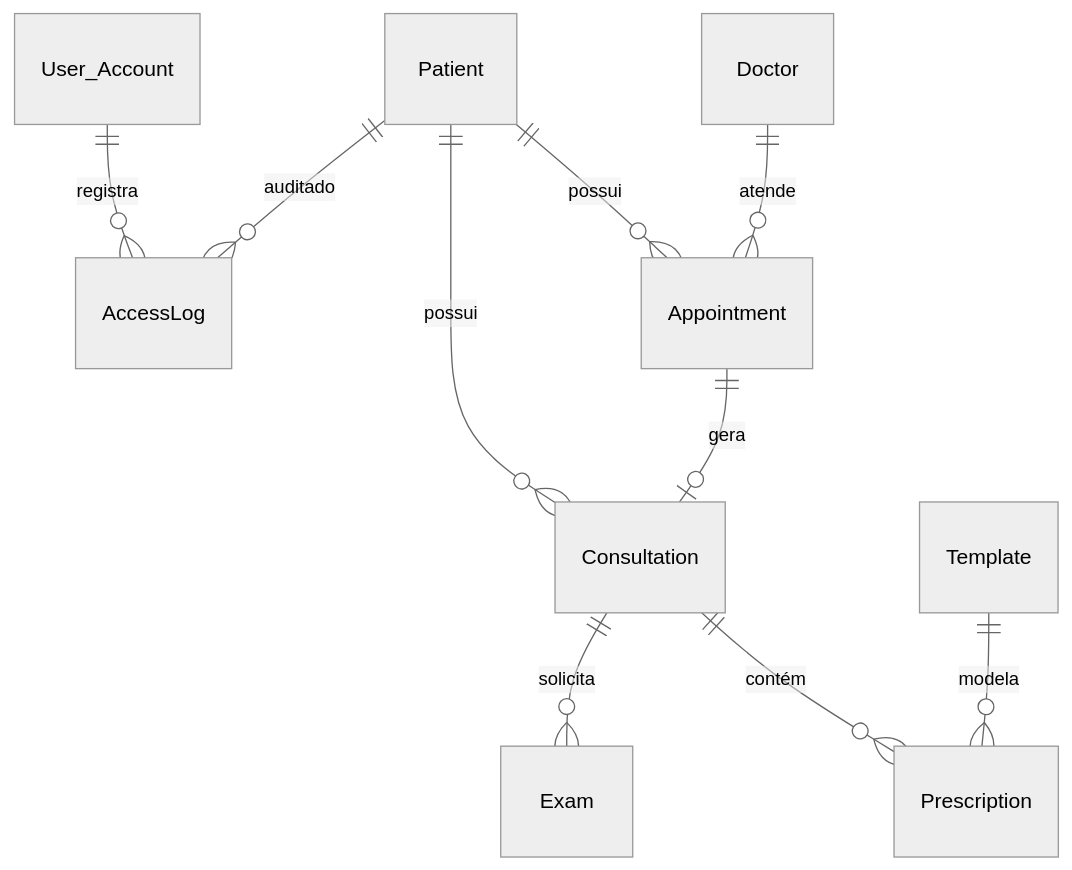
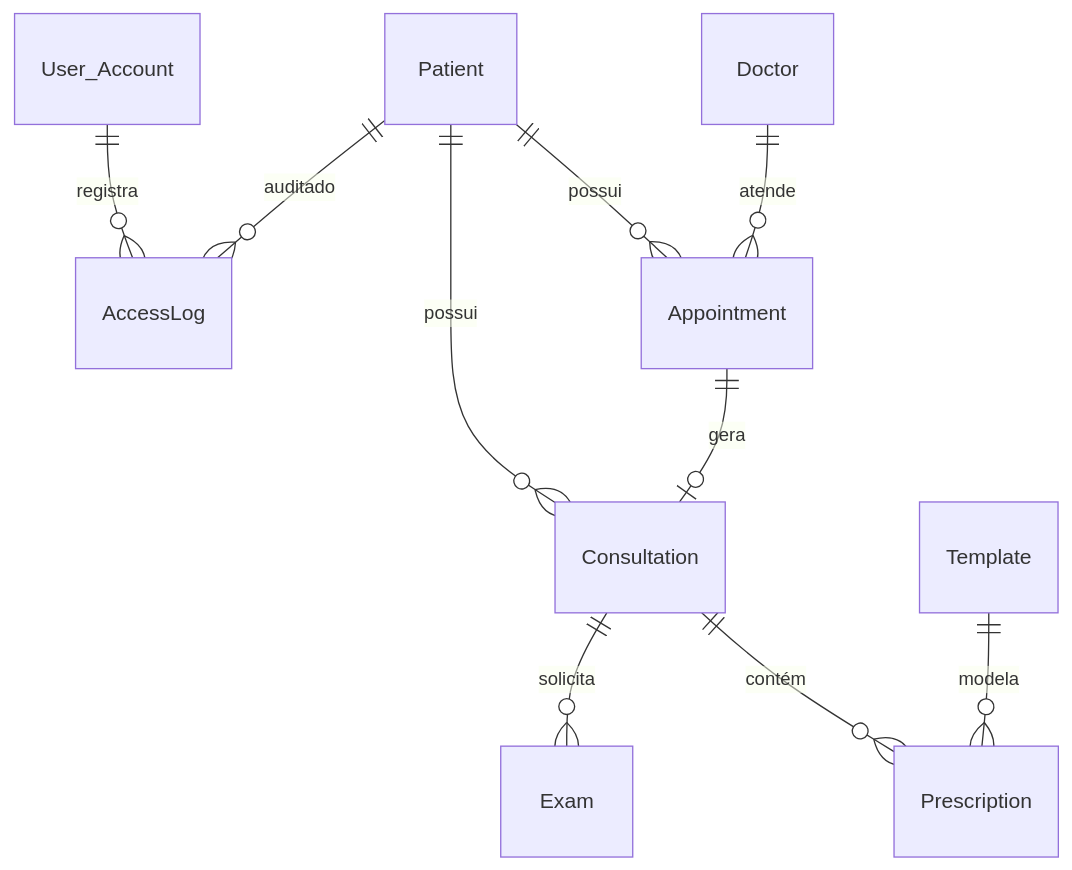
The third of 4 diagrams in README.md (Adriano1976/prontuario-facil), drawn with Mermaid before and after one commit.

Commit message:
Change mermaid theme from 'neutral' to 'black'

````diff
--- a/README.md
+++ b/README.md
@@ -180,13 +180,13 @@
 ```mermaid
-%%{ init: { 'theme': 'neutral', 'themeVariables': { 'fontSize': '16px' } } }%%
+%%{ init: { 'theme': 'black', 'themeVariables': { 'fontSize': '16px' } } }%%
 erDiagram
     Patient ||--o{ Appointment : "possui"
     Doctor ||--o{ Appointment : "atende"
     Appointment ||--o| Consultation : "gera"
     Patient ||--o{ Consultation : "possui"
     Consultation ||--o{ Prescription : "contém"
     Consultation ||--o{ Exam : "solicita"
     Template ||--o{ Prescription : "modela"
     Patient ||--o{ AccessLog : "auditado"
     User_Account ||--o{ AccessLog : "registra"
 ```
````
